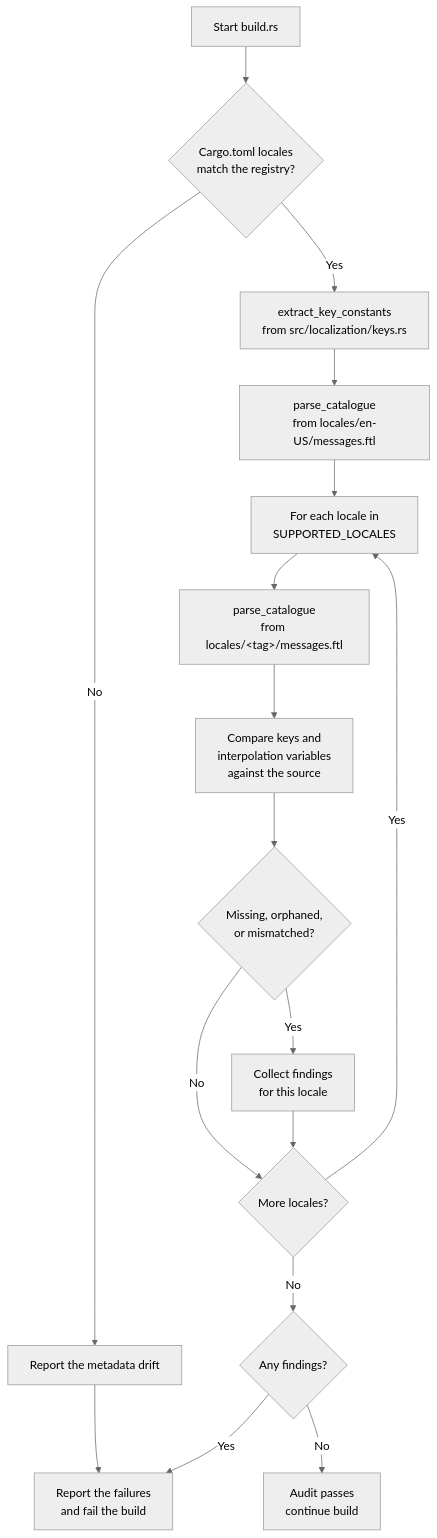
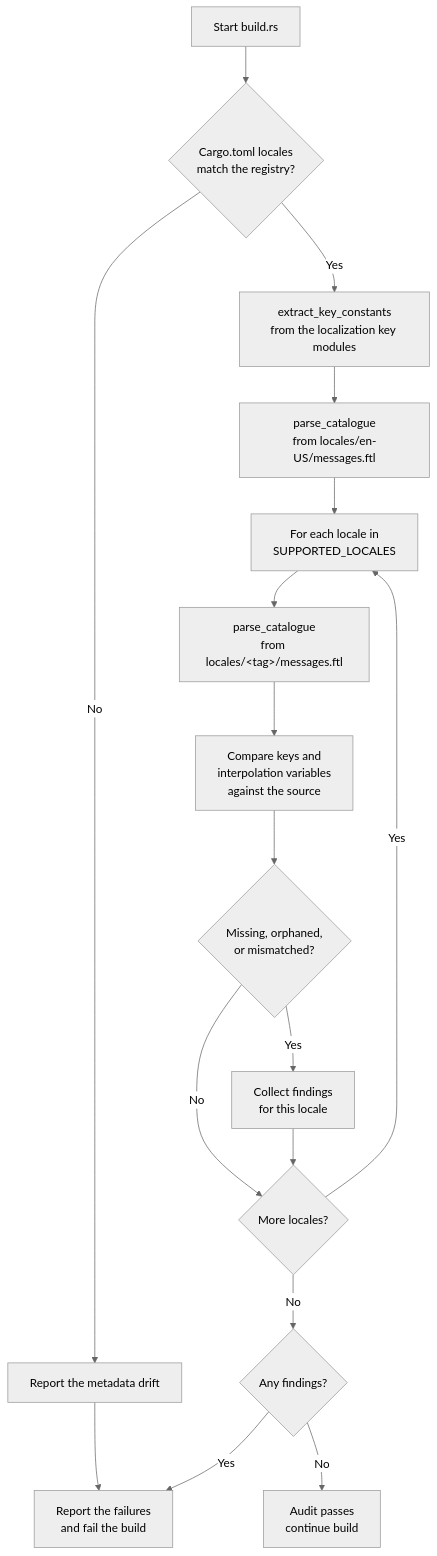
Before and after one commit to leynos/netsuke: diagram 17 of 20 in docs/netsuke-design.md, drawn with Mermaid (neutral theme). The commit also changed 11 other files, not shown here.

````diff
--- a/docs/netsuke-design.md
+++ b/docs/netsuke-design.md
@@ -3702,23 +3702,23 @@
 ```mermaid
 flowchart TD
     A_Start["Start build.rs"] --> B_Metadata
     B_Metadata{"Cargo.toml locales<br/>match the registry?"} -->|No| N_Drift
     N_Drift["Report the metadata drift"] --> M_Fail
     B_Metadata -->|Yes| C_ReadKeys
-    C_ReadKeys["extract_key_constants<br/>from src/localization/keys.rs"] --> D_ReadSource
+    C_ReadKeys["extract_key_constants<br/>from the localization key modules"] --> D_ReadSource
     D_ReadSource["parse_catalogue<br/>from locales/en-US/messages.ftl"] --> E_Loop
 
     E_Loop["For each locale in<br/>SUPPORTED_LOCALES"] --> F_Parse
     F_Parse["parse_catalogue<br/>from locales/&lt;tag&gt;/messages.ftl"] --> G_Compare
     G_Compare["Compare keys and<br/>interpolation variables<br/>against the source"] --> I_Check
 
     I_Check{"Missing, orphaned,<br/>or mismatched?"} -->|No| J_Next
     I_Check -->|Yes| H_Error["Collect findings<br/>for this locale"]
     H_Error --> J_Next
 
     J_Next{"More locales?"} -->|Yes| E_Loop
     J_Next -->|No| K_Verdict
 
     K_Verdict{"Any findings?"} -->|No| L_Success["Audit passes<br/>continue build"]
     K_Verdict -->|Yes| M_Fail["Report the failures<br/>and fail the build"]
 ```
````
